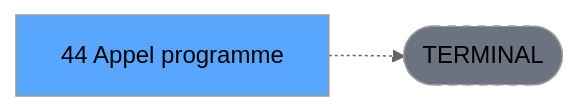
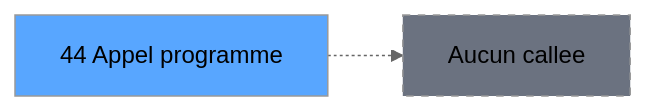
One commit to thonyAGP/magic-migration changed the third of 3 diagrams in .openspec/specs/ADH-IDE-44.md. Above: the diagram before and after it, drawn with Mermaid (neutral theme). The commit also changed other lines of this file and 311 other files, not shown here.

````diff
--- a/.openspec/specs/ADH-IDE-44.md
+++ b/.openspec/specs/ADH-IDE-44.md
@@ -138,8 +150,8 @@
 ```mermaid
 graph LR
-    T[44 Appel programme]
-    TERM([TERMINAL])
-    T -.-> TERM
-    style TERM fill:#6b7280,stroke-dasharray: 5 5
-    style T fill:#58a6ff,color:#000
+    T44[44 Appel programme]
+    style T44 fill:#58a6ff
+    NONE[Aucun callee]
+    T44 -.-> NONE
+    style NONE fill:#6b7280,stroke-dasharray: 5 5
 ```
````
